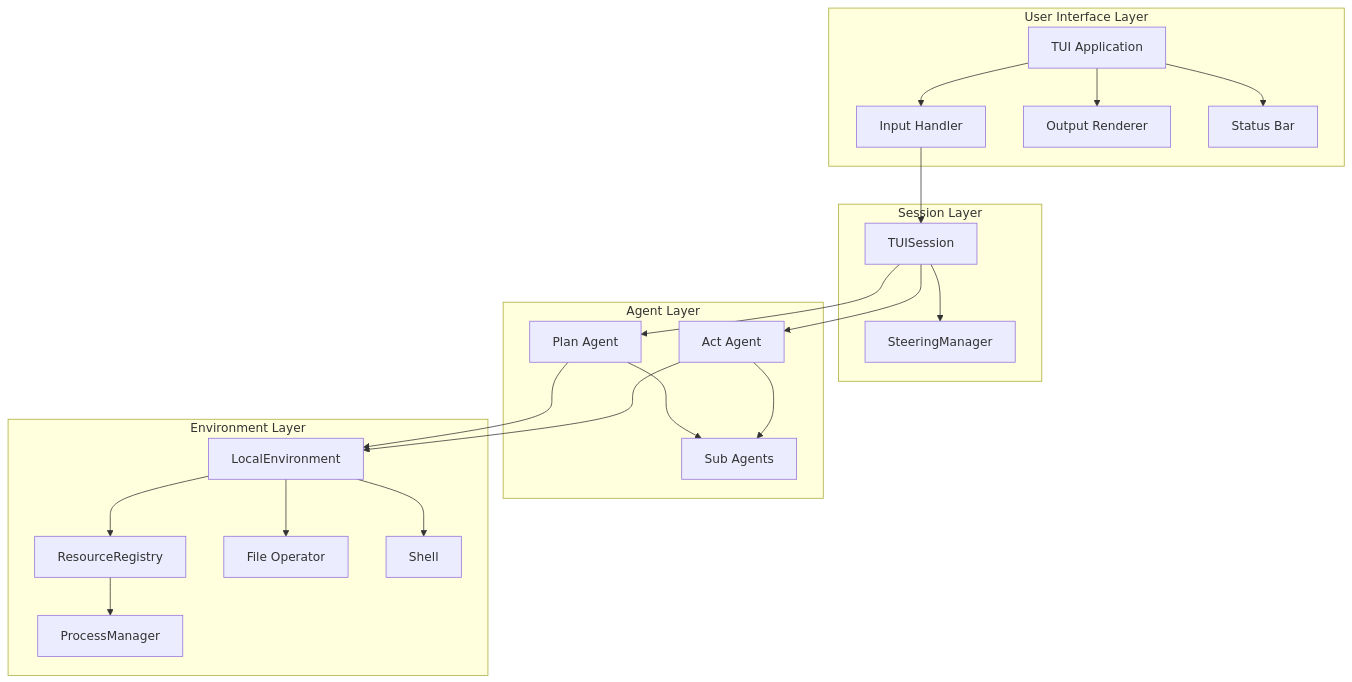
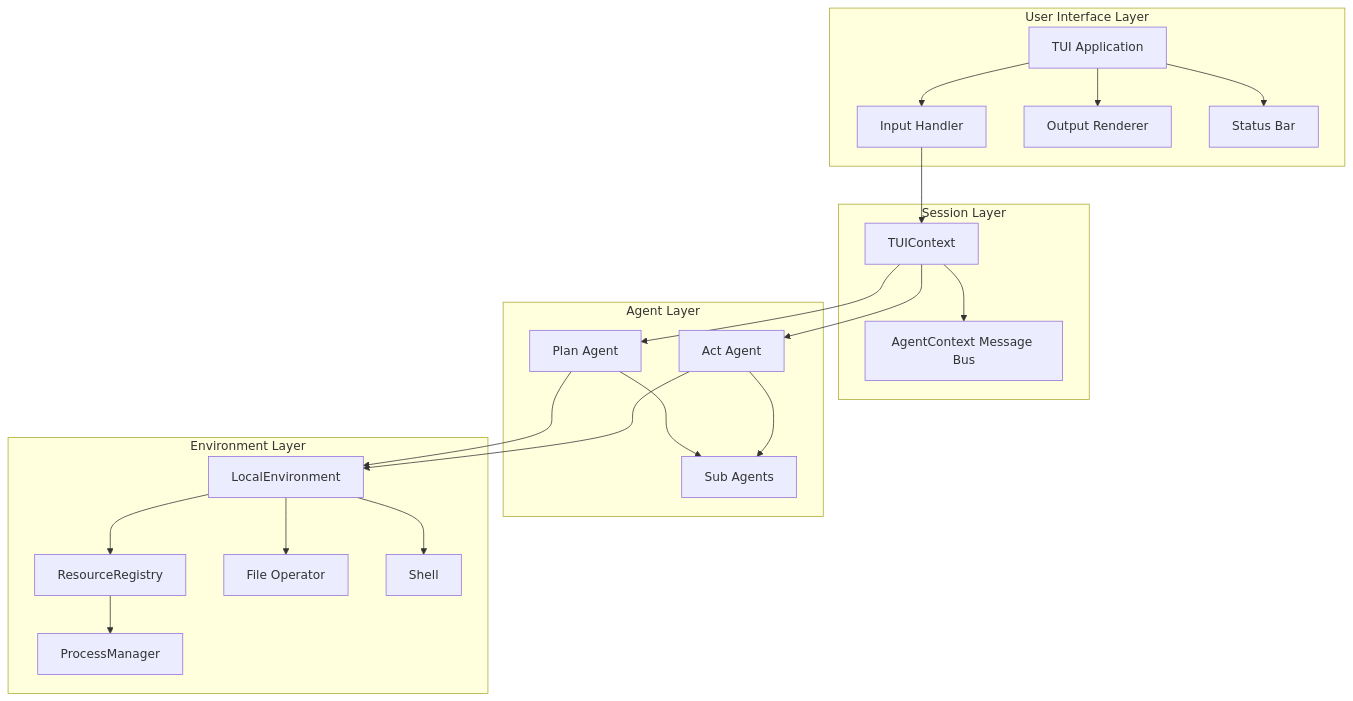
One commit to Wh1isper/ya-agent-sdk changed the diagram in packages/yaacli/spec/00-overview.md. Above: the diagram before and after it, drawn with Mermaid. The commit also changed other lines of this file and 41 other files, not shown here.

````diff
--- a/packages/yaacli/spec/00-overview.md
+++ b/packages/yaacli/spec/00-overview.md
@@ -17,44 +19,44 @@
 ```mermaid
 graph TB
     subgraph "User Interface Layer"
         TUI[TUI Application]
         Input[Input Handler]
         Output[Output Renderer]
         StatusBar[Status Bar]
     end
 
     subgraph "Session Layer"
-        TUISession[TUISession]
-        SteeringManager[SteeringManager]
+        TUIContext[TUIContext]
+        MessageBus[AgentContext Message Bus]
     end
 
     subgraph "Agent Layer"
         PlanAgent[Plan Agent]
         ActAgent[Act Agent]
         SubAgents[Sub Agents]
     end
 
     subgraph "Environment Layer"
         LocalEnv[LocalEnvironment]
         Resources[ResourceRegistry]
         ProcessManager[ProcessManager]
         FileOperator[File Operator]
         Shell[Shell]
     end
 
     TUI --> Input
     TUI --> Output
     TUI --> StatusBar
-    Input --> TUISession
-    TUISession --> SteeringManager
-    TUISession --> PlanAgent
-    TUISession --> ActAgent
+    Input --> TUIContext
+    TUIContext --> MessageBus
+    TUIContext --> PlanAgent
+    TUIContext --> ActAgent
     PlanAgent --> SubAgents
     ActAgent --> SubAgents
     PlanAgent --> LocalEnv
     ActAgent --> LocalEnv
     LocalEnv --> Resources
     Resources --> ProcessManager
     LocalEnv --> FileOperator
     LocalEnv --> Shell
 ```
````
